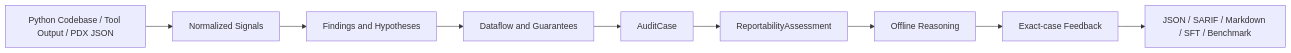
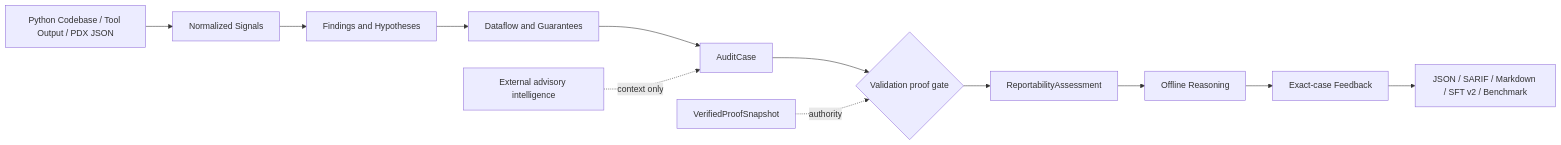
The first of 2 diagrams in README.md (grizzly2005/belief), drawn with Mermaid before and after one commit. The commit also changed other lines of this file and 6 other files, not shown here.

Commit message:
docs: document proof authority and harden offline tests

````diff
--- a/README.md
+++ b/README.md
@@ -413,11 +515,14 @@
 ```mermaid
 flowchart LR
     A[Python Codebase / Tool Output / PDX JSON] --> B[Normalized Signals]
     B --> C[Findings and Hypotheses]
     C --> D[Dataflow and Guarantees]
     D --> E[AuditCase]
-    E --> F[ReportabilityAssessment]
-    F --> G[Offline Reasoning]
-    G --> H[Exact-case Feedback]
-    H --> I[JSON / SARIF / Markdown / SFT / Benchmark]
+    E --> F{Validation proof gate}
+    P[VerifiedProofSnapshot] -. authority .-> F
+    X[External advisory intelligence] -. context only .-> E
+    F --> G[ReportabilityAssessment]
+    G --> H[Offline Reasoning]
+    H --> I[Exact-case Feedback]
+    I --> J[JSON / SARIF / Markdown / SFT v2 / Benchmark]
 ```
````
